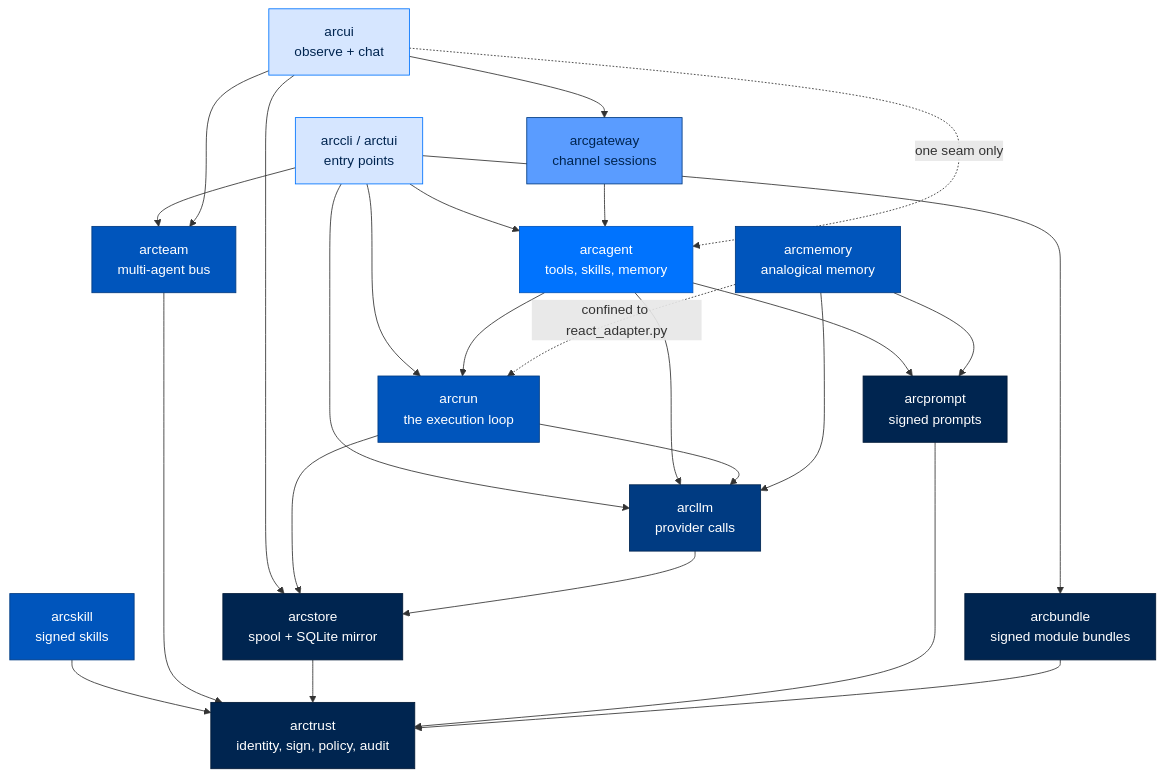
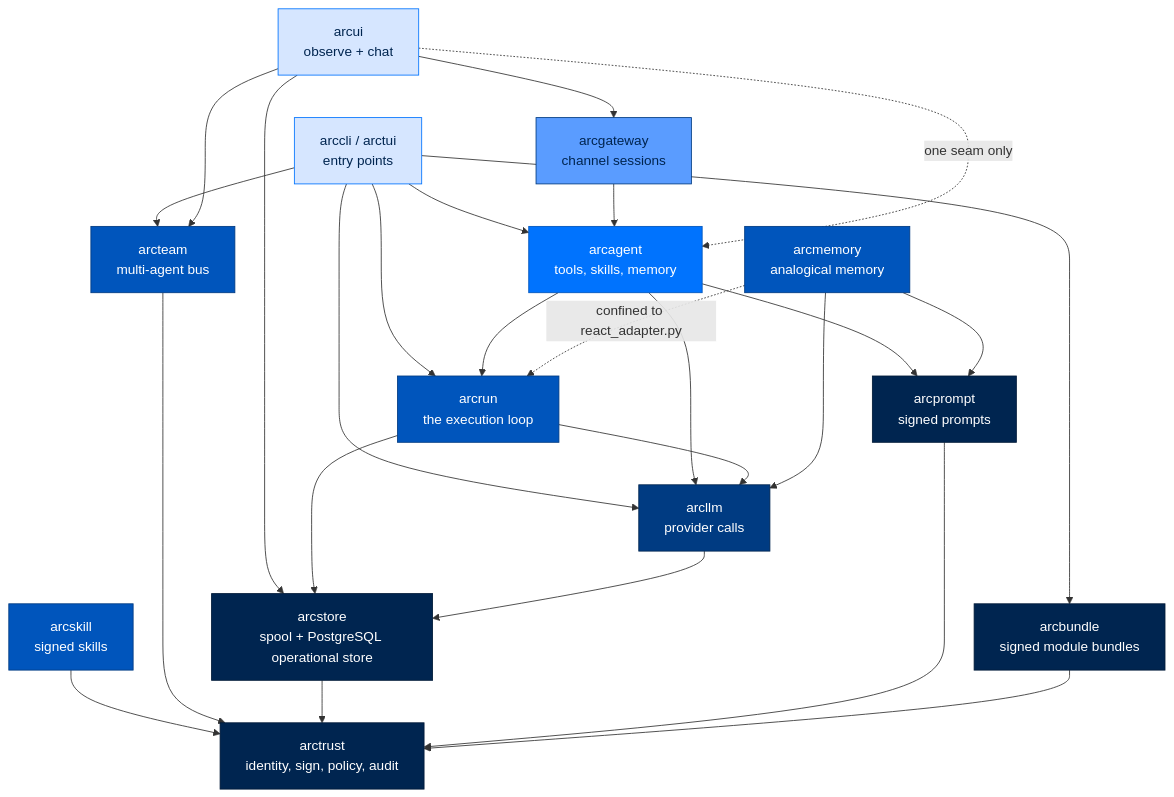
The first of 4 diagrams in docs/building/package-index.md (joshuamschultz/Arc), drawn with Mermaid before and after one commit. The commit also changed other lines of this file and 16 other files, not shown here.

First line of the commit message:
docs: align ArcStore references with PostgreSQL cutover

````diff
--- a/docs/building/package-index.md
+++ b/docs/building/package-index.md
@@ -45,55 +45,55 @@
 ```mermaid
 flowchart TB
     classDef entry   fill:#D6E6FF,stroke:#0073FE,color:#002550
     classDef surface fill:#5A9CFF,stroke:#003B82,color:#002550
     classDef agent   fill:#0073FE,stroke:#0055BC,color:#FFFFFF
     classDef runtime fill:#0055BC,stroke:#003B82,color:#FFFFFF
     classDef llm     fill:#003B82,stroke:#002550,color:#FFFFFF
     classDef found   fill:#002550,stroke:#001A38,color:#FFFFFF
 
     CLI["arccli / arctui\nentry points"]
     GW["arcgateway\nchannel sessions"]
     UI["arcui\nobserve + chat"]
     AGENT["arcagent\ntools, skills, memory"]
     RUN["arcrun\nthe execution loop"]
     LLM["arcllm\nprovider calls"]
     PROMPT["arcprompt\nsigned prompts"]
     SKILL["arcskill\nsigned skills"]
     MEMORY["arcmemory\nanalogical memory"]
     TEAM["arcteam\nmulti-agent bus"]
-    STORE["arcstore\nspool + SQLite mirror"]
+    STORE["arcstore\nspool + PostgreSQL operational store"]
     TRUST["arctrust\nidentity, sign, policy, audit"]
     BUNDLE["arcbundle\nsigned module bundles"]
 
     CLI --> AGENT
     CLI --> BUNDLE
     CLI --> RUN
     CLI --> LLM
     CLI --> TEAM
     GW --> AGENT
     UI --> STORE
     UI --> GW
     UI --> TEAM
     UI -.->|"one seam only"| AGENT
     AGENT --> RUN
     AGENT --> LLM
     AGENT --> PROMPT
     RUN --> LLM
     RUN --> STORE
     MEMORY --> LLM
     MEMORY --> PROMPT
     MEMORY -.->|"confined to react_adapter.py"| RUN
     SKILL --> TRUST
     TEAM --> TRUST
     STORE --> TRUST
     LLM --> STORE
     PROMPT --> TRUST
     BUNDLE --> TRUST
 
     class CLI,UI entry
     class GW surface
     class AGENT agent
     class RUN,MEMORY,SKILL,TEAM runtime
     class LLM llm
     class STORE,TRUST,PROMPT,BUNDLE found
 ```
````
